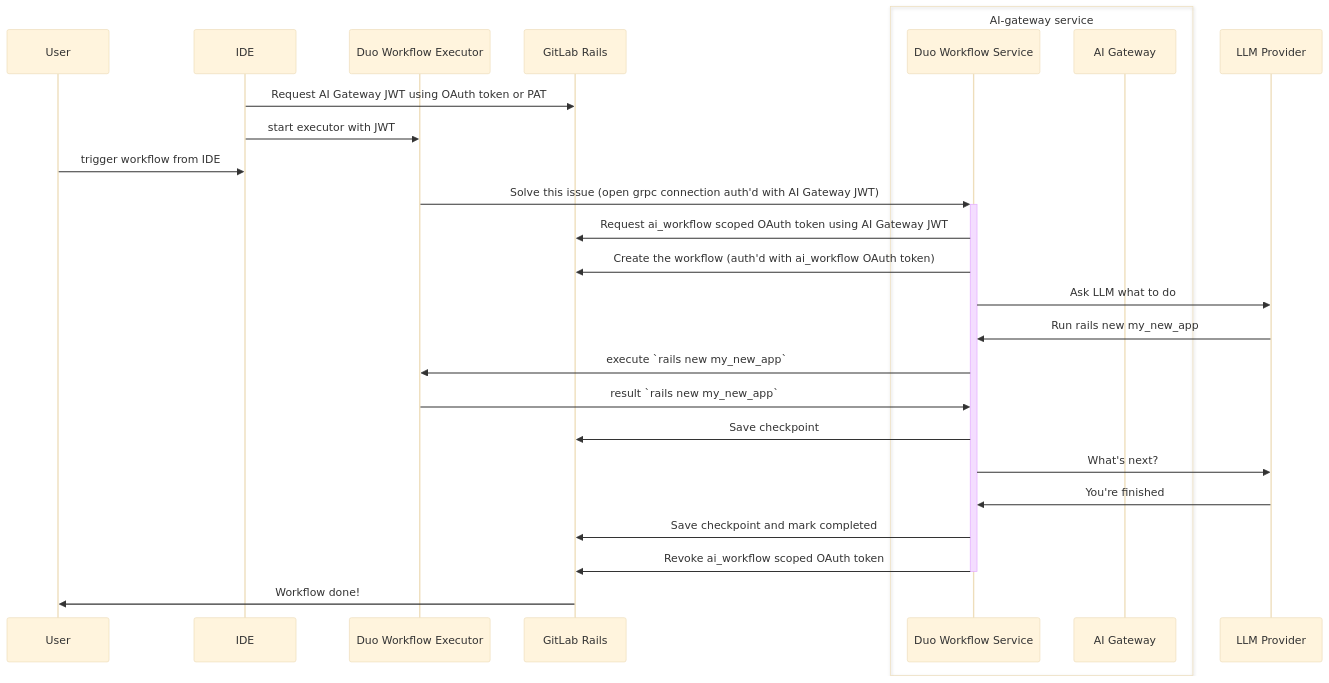
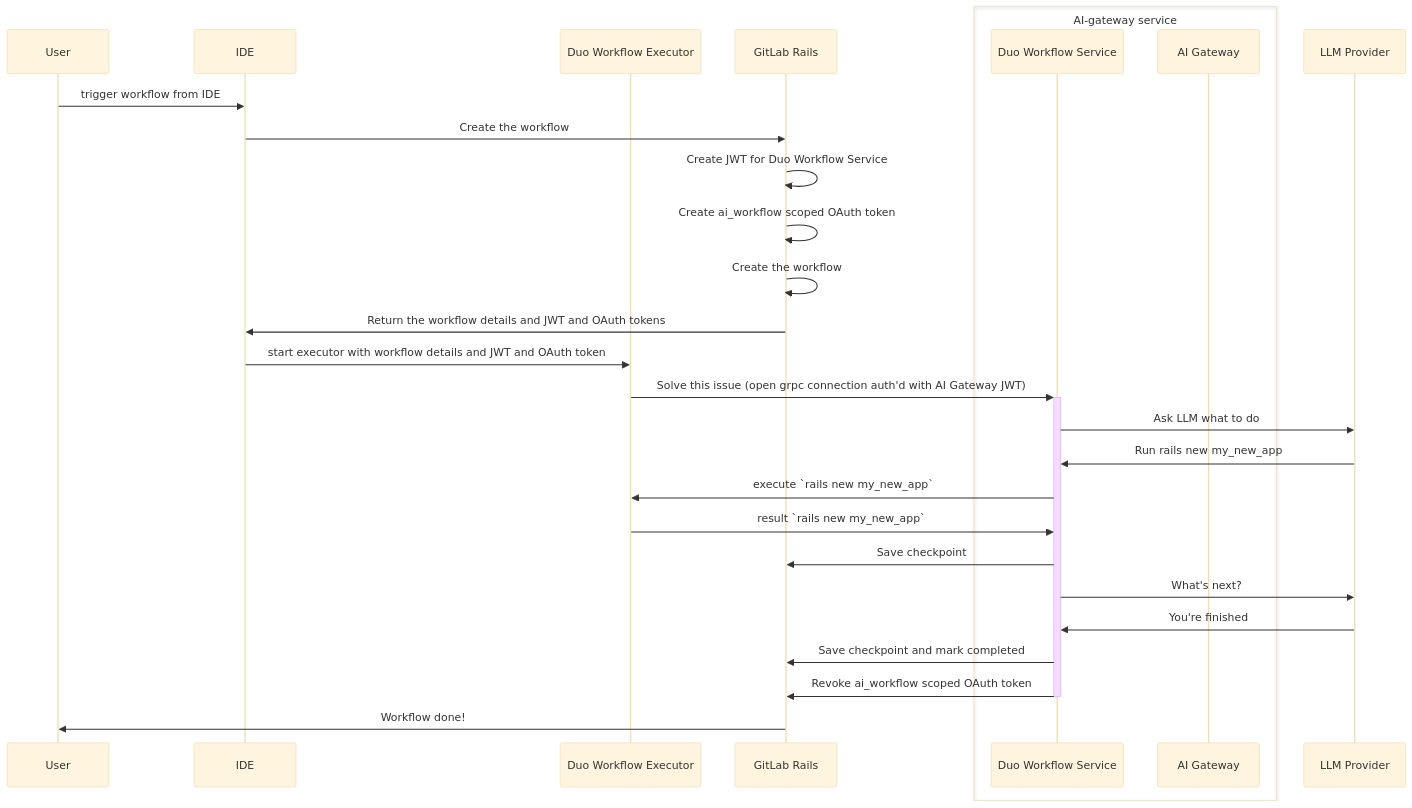
The first of 3 diagrams in content/handbook/engineering/architecture/design-documents/duo_workflow/_index.md (zalyoung/gitlab-handbook), drawn with Mermaid (base theme) before and after one commit. The commit also changed other lines of this file, not shown here.

Commit message:
Update sequence diagrams to reflect reality

````diff
--- a/content/handbook/engineering/architecture/design-documents/duo_workflow/_index.md
+++ b/content/handbook/engineering/architecture/design-documents/duo_workflow/_index.md
@@ -126,29 +126,31 @@
 ```mermaid
 sequenceDiagram
    participant user as User
    participant ide as IDE
    participant executor as Duo Workflow Executor
    participant gitlab_rails as GitLab Rails
    box AI-gateway service
      participant duo_workflow_service as Duo Workflow Service
      participant ai_gateway as AI Gateway
    end
    participant llm_provider as LLM Provider
-   ide->>gitlab_rails: Request AI Gateway JWT using OAuth token or PAT
-   ide->>executor: start executor with JWT
    user->>ide: trigger workflow from IDE
+   ide->>gitlab_rails: Create the workflow
+   gitlab_rails->>gitlab_rails: Create JWT for Duo Workflow Service
+   gitlab_rails->>gitlab_rails: Create ai_workflow scoped OAuth token
+   gitlab_rails->>gitlab_rails: Create the workflow
+   gitlab_rails->>ide: Return the workflow details and JWT and OAuth tokens
+   ide->>executor: start executor with workflow details and JWT and OAuth token
    executor->>+duo_workflow_service: Solve this issue (open grpc connection auth'd with AI Gateway JWT)
-   duo_workflow_service->>gitlab_rails: Request ai_workflow scoped OAuth token using AI Gateway JWT
-   duo_workflow_service->>gitlab_rails: Create the workflow (auth'd with ai_workflow OAuth token)
    duo_workflow_service->>llm_provider: Ask LLM what to do
    llm_provider->>duo_workflow_service: Run rails new my_new_app
    duo_workflow_service->>executor: execute `rails new my_new_app`
    executor->>duo_workflow_service: result `rails new my_new_app`
    duo_workflow_service->>gitlab_rails: Save checkpoint
    duo_workflow_service->>llm_provider: What's next?
    llm_provider->>duo_workflow_service: You're finished
    duo_workflow_service->>gitlab_rails: Save checkpoint and mark completed
    duo_workflow_service->>gitlab_rails: Revoke ai_workflow scoped OAuth token
    deactivate duo_workflow_service
    gitlab_rails->>user: Workflow done!
 ```
````
